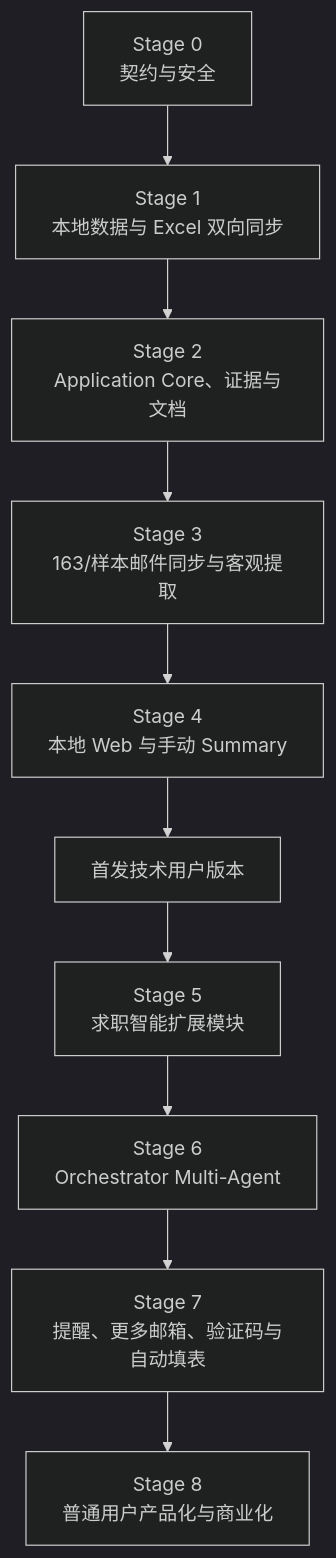
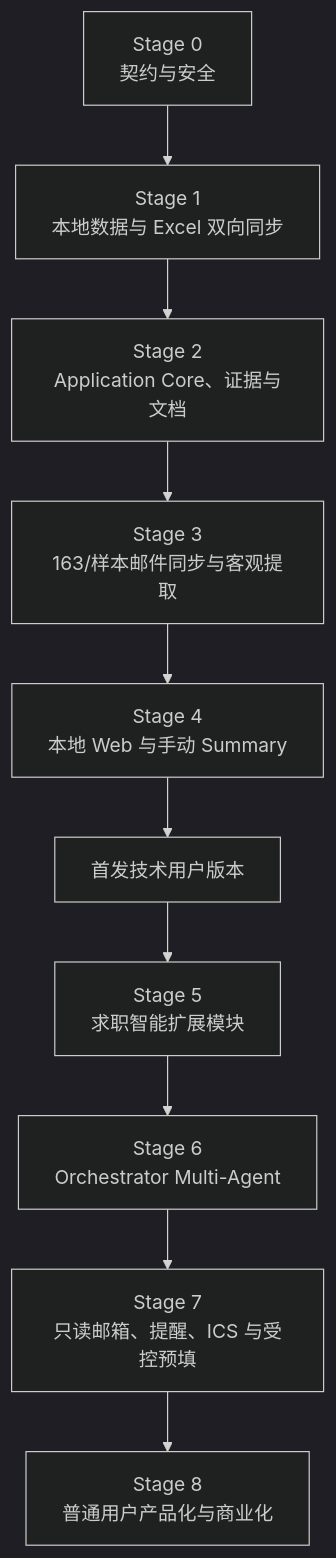
Before and after one commit to YUNJIDU/Careerpilot: the diagram in plan/map/flow-00-wbs-development-order.md, drawn with Mermaid (dark theme). The commit also changed 97 other files, not shown here.

````diff
--- a/plan/map/flow-00-wbs-development-order.md
+++ b/plan/map/flow-00-wbs-development-order.md
@@ -3,23 +3,23 @@
 ```mermaid
 flowchart TD
     S0["Stage 0<br/>契约与安全"]
     S1["Stage 1<br/>本地数据与 Excel 双向同步"]
     S2["Stage 2<br/>Application Core、证据与文档"]
     S3["Stage 3<br/>163/样本邮件同步与客观提取"]
     S4["Stage 4<br/>本地 Web 与手动 Summary"]
     M["首发技术用户版本"]
     S5["Stage 5<br/>求职智能扩展模块"]
     S6["Stage 6<br/>Orchestrator Multi-Agent"]
-    S7["Stage 7<br/>提醒、更多邮箱、验证码与自动填表"]
+    S7["Stage 7<br/>只读邮箱、提醒、ICS 与受控预填"]
     S8["Stage 8<br/>普通用户产品化与商业化"]
 
     S0 --> S1
     S1 --> S2
     S2 --> S3
     S3 --> S4
     S4 --> M
     M --> S5
     S5 --> S6
     S6 --> S7
     S7 --> S8
 ```
````
